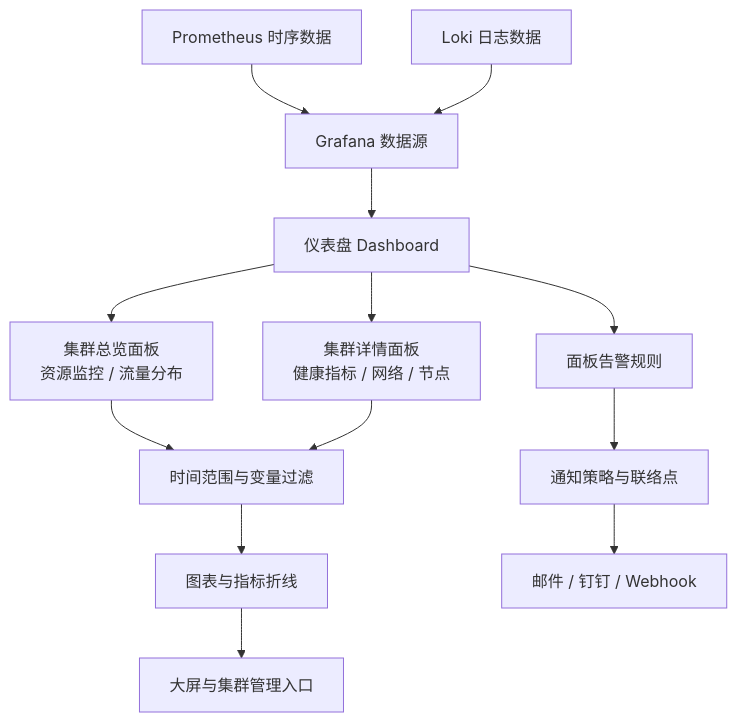
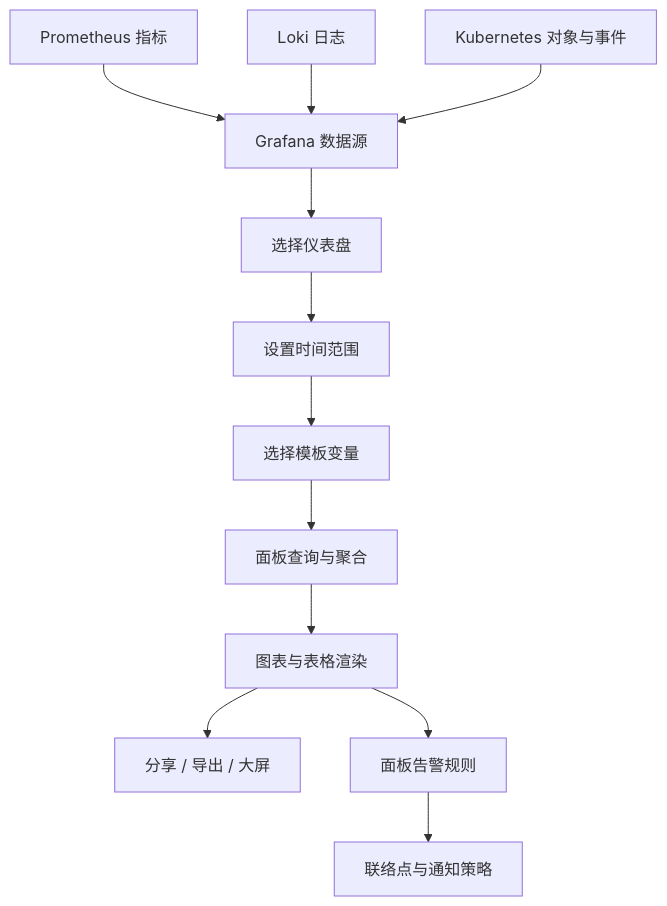
Before and after one commit to kube-do/kdo: the diagram in docs/observability/monitoring/dashboards/index.md, drawn with Mermaid. The commit also changed other lines of this file and 45 other files, not shown here.

````diff
--- a/docs/observability/monitoring/dashboards/index.md
+++ b/docs/observability/monitoring/dashboards/index.md
@@ -70,15 +33,14 @@
 ```mermaid
 flowchart TD
-    A[Prometheus 时序数据] --> C[Grafana 数据源]
-    B[Loki 日志数据] --> C
-    C --> D[仪表盘 Dashboard]
-    D --> E[集群总览面板<br/>资源监控 / 流量分布]
-    D --> F[集群详情面板<br/>健康指标 / 网络 / 节点]
-    E --> G[时间范围与变量过滤]
-    F --> G
-    G --> H[图表与指标折线]
-    H --> I[大屏与集群管理入口]
-    D --> J[面板告警规则]
-    J --> K[通知策略与联络点]
-    K --> L[邮件 / 钉钉 / Webhook]
+    A[Prometheus 指标] --> D[Grafana 数据源]
+    B[Loki 日志] --> D
+    C[Kubernetes 对象与事件] --> D
+    D --> E[选择仪表盘]
+    E --> F[设置时间范围]
+    F --> G[选择模板变量]
+    G --> H[面板查询与聚合]
+    H --> I[图表与表格渲染]
+    I --> J[分享 / 导出 / 大屏]
+    I --> K[面板告警规则]
+    K --> L[联络点与通知策略]
 ```
````
